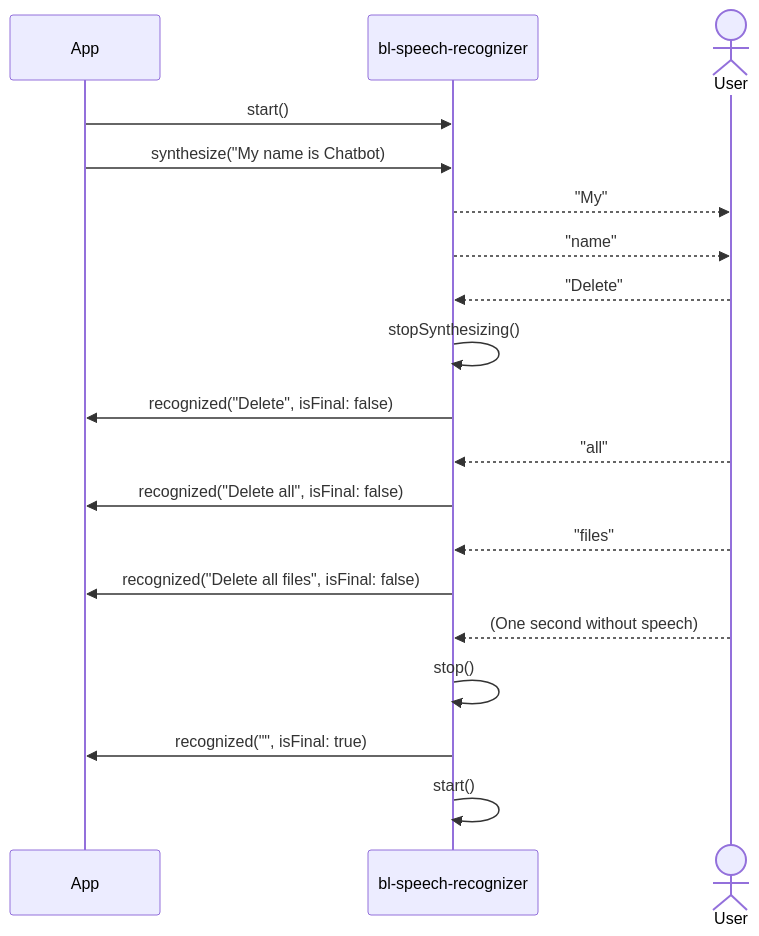
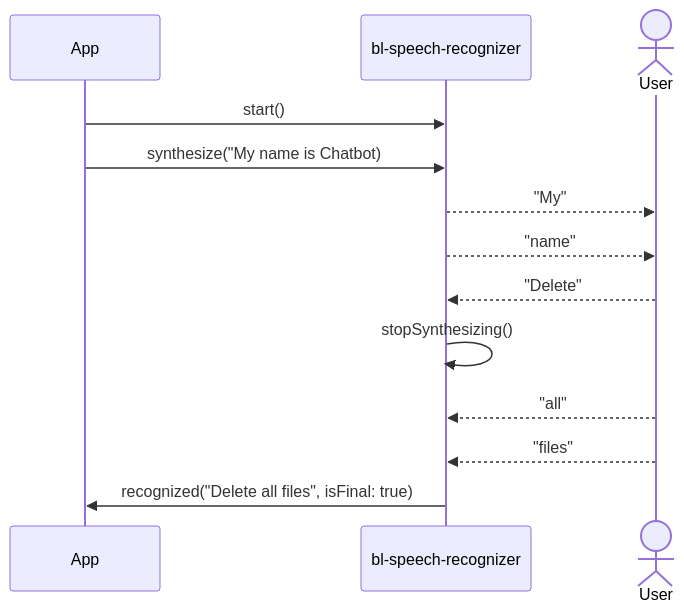
One commit to madcato/bl-speech-recognizer changed the third of 3 diagrams in README.md. Above: the diagram before and after it, drawn with Mermaid. The commit also changed 6 other files, not shown here.

Commit message:
Fix isFinal for Interrumpible chat (+3 squashed commits) Squashed commits: [5ac29b4] pitch for Voice [0789c74] Fix InterrumpibleChat to only send recognitions when finished. [34276f7] stopped (+1 squashed commit) Squashed commits: [710f559] before change stop sequence

````diff
--- a/README.md
+++ b/README.md
@@ -121,19 +121,13 @@
 ```mermaid
 sequenceDiagram
     App->>bl-speech-recognizer: start()
     App->>bl-speech-recognizer: synthesize("My name is Chatbot)
     actor User
     bl-speech-recognizer-->>User: "My"
     bl-speech-recognizer-->>User: "name"
     User-->>bl-speech-recognizer: "Delete"
     bl-speech-recognizer->>bl-speech-recognizer:stopSynthesizing()
-    bl-speech-recognizer->>App: recognized("Delete", isFinal: false)
     User-->>bl-speech-recognizer: "all"
-    bl-speech-recognizer->>App: recognized("Delete all", isFinal: false)
     User-->>bl-speech-recognizer: "files"
-    bl-speech-recognizer->>App: recognized("Delete all files", isFinal: false)
-    User-->>bl-speech-recognizer: (One second without speech)
-    bl-speech-recognizer->>bl-speech-recognizer: stop()
-    bl-speech-recognizer->>App: recognized("", isFinal: true)
-    bl-speech-recognizer->>bl-speech-recognizer: start()
+    bl-speech-recognizer->>App: recognized("Delete all files", isFinal: true)
 ```
````
